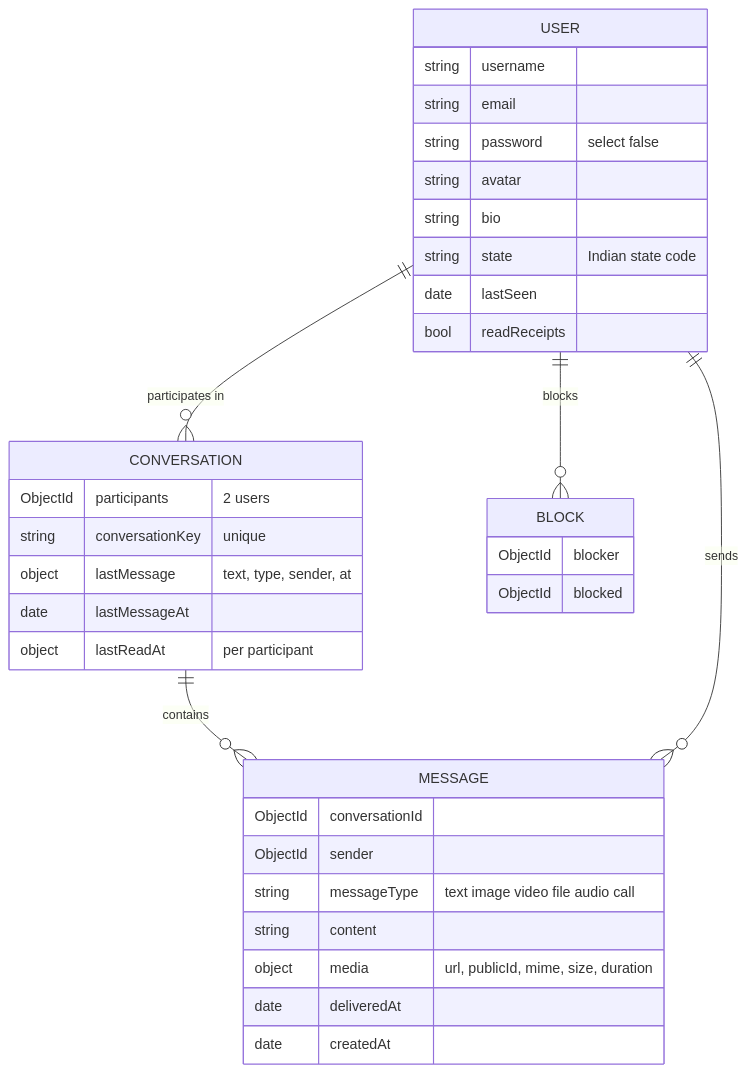
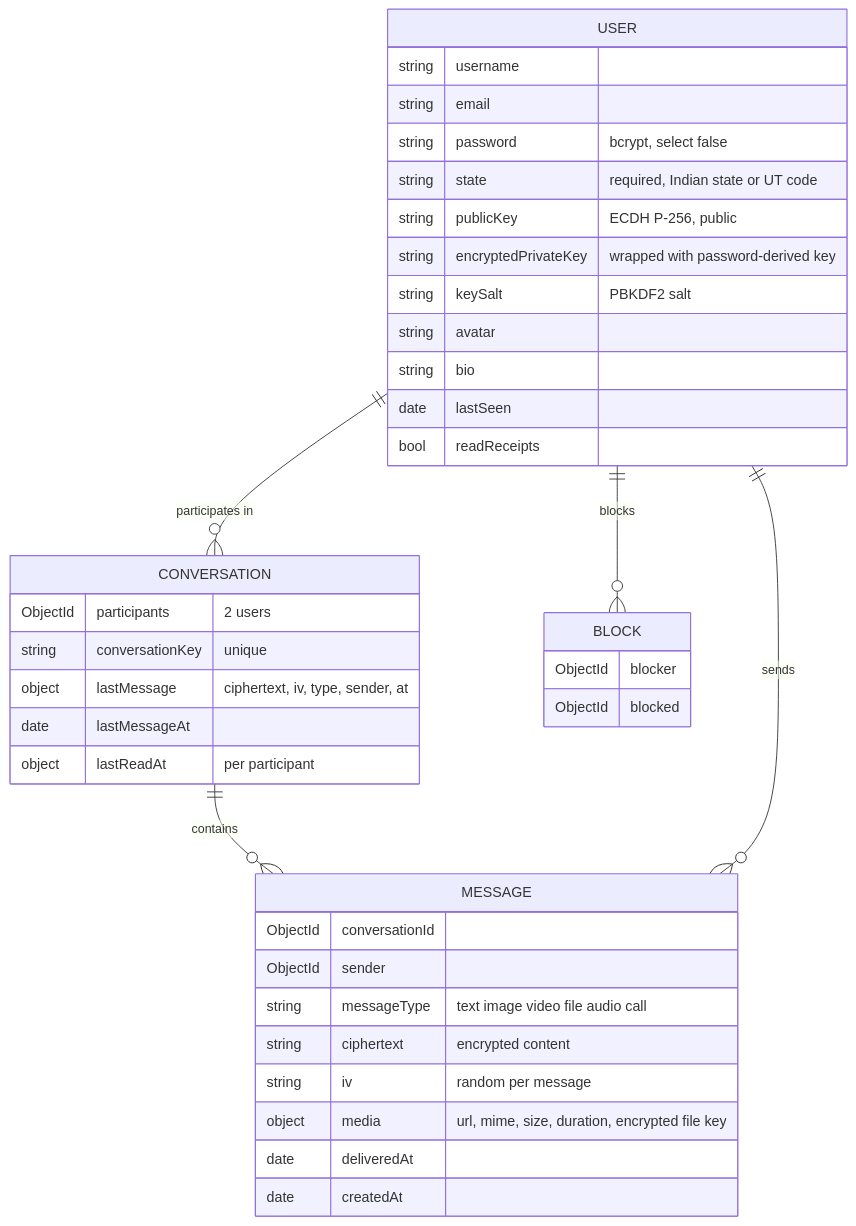
Before and after one commit to prashantdevelopment/OpenChat: the seventh of 7 diagrams in docs/PROJECT_PLAN.md, drawn with Mermaid. The commit also changed other lines of this file and 6 other files, not shown here.

````diff
--- a/docs/PROJECT_PLAN.md
+++ b/docs/PROJECT_PLAN.md
@@ -177,37 +181,41 @@
 ```mermaid
 erDiagram
     USER ||--o{ CONVERSATION : "participates in"
     CONVERSATION ||--o{ MESSAGE : contains
     USER ||--o{ MESSAGE : sends
     USER ||--o{ BLOCK : "blocks"
     USER {
         string username
         string email
-        string password "select false"
+        string password "bcrypt, select false"
+        string state "required, Indian state or UT code"
+        string publicKey "ECDH P-256, public"
+        string encryptedPrivateKey "wrapped with password-derived key"
+        string keySalt "PBKDF2 salt"
         string avatar
         string bio
-        string state "Indian state code"
         date lastSeen
         bool readReceipts
     }
     CONVERSATION {
         ObjectId participants "2 users"
         string conversationKey "unique"
-        object lastMessage "text, type, sender, at"
+        object lastMessage "ciphertext, iv, type, sender, at"
         date lastMessageAt
         object lastReadAt "per participant"
     }
     MESSAGE {
         ObjectId conversationId
         ObjectId sender
         string messageType "text image video file audio call"
-        string content
-        object media "url, publicId, mime, size, duration"
+        string ciphertext "encrypted content"
+        string iv "random per message"
+        object media "url, mime, size, duration, encrypted file key"
         date deliveredAt
         date createdAt
     }
     BLOCK {
         ObjectId blocker
         ObjectId blocked
     }
 ```
````
